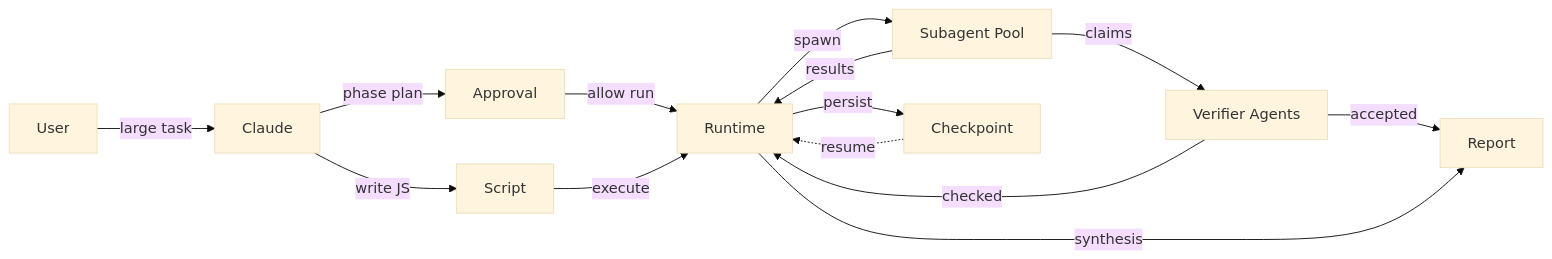
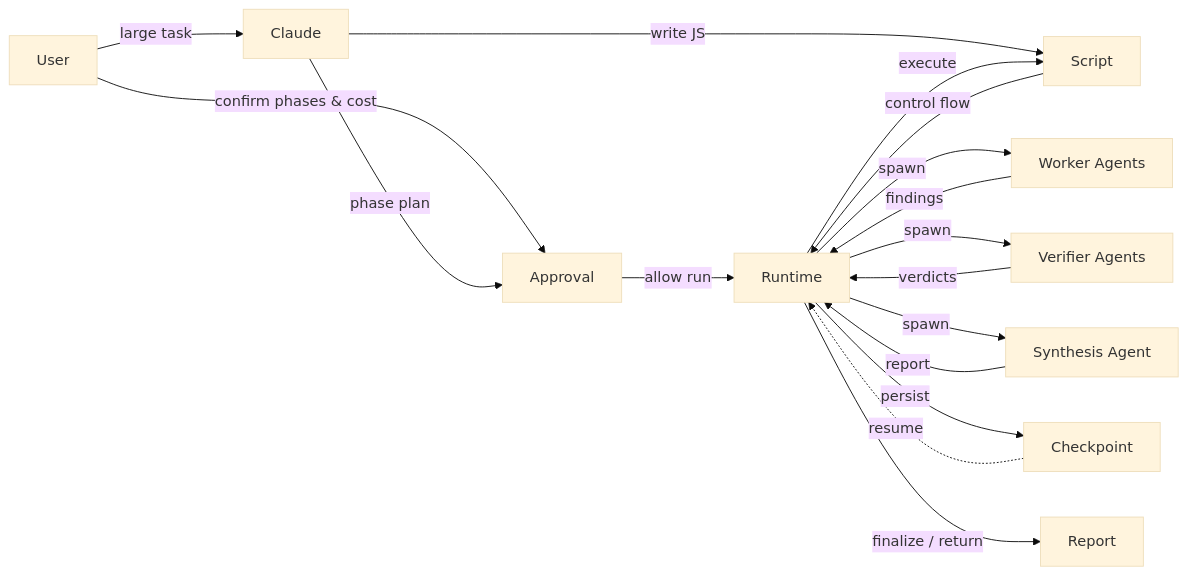
Before and after one commit to fuergaosi233/multiagent-explorer: the diagram in content/wiki/patterns/dynamic-workflow-code-orchestration.md, drawn with Mermaid (base theme).

Commit message:
Fix Topology diagram to match the actual orchestration model
The topology diagram mismodeled how the workflow runtime coordinates
subagents. Corrected against the execution model documented in the rest
of the page (and the reference workflow):

- Verifiers and the synthesizer are ordinary agent() calls spawned by the
  runtime, not a worker-to-verifier side channel nor a built-in runtime
  step. Dropped the direct Pool->Verify and Verify->Report edges; all
  three agent roles (workers, verifiers, synthesis) now spawn from and
  return to the Runtime uniformly.
- The report is produced by a synthesis agent and the runtime returns it
  to the session (finalize/return), matching the workflow.finalized trace
  event, rather than a magic Runtime "synthesis" capability.
- Added the User->Approval edge: the approval gate is human-in-the-loop
  (workflow.approved = "User confirmed phases, cost estimate, and script").
- Runtime executes the Script and the Script's control flow drives the
  runtime, so the Script is no longer an inert sink.

````diff
--- a/content/wiki/patterns/dynamic-workflow-code-orchestration.md
+++ b/content/wiki/patterns/dynamic-workflow-code-orchestration.md
@@ -20,16 +20,19 @@
 ```mermaid
 graph LR
   User -->|large task| Claude
+  User -->|confirm phases & cost| Approval
   Claude -->|phase plan| Approval
   Claude -->|write JS| Script
   Approval -->|allow run| Runtime
-  Script -->|execute| Runtime
-  Runtime -->|spawn| Pool[Subagent Pool]
-  Pool -->|results| Runtime
-  Pool -->|claims| Verify[Verifier Agents]
-  Verify -->|checked| Runtime
+  Runtime -->|execute| Script
+  Script -->|control flow| Runtime
+  Runtime -->|spawn| Workers[Worker Agents]
+  Workers -->|findings| Runtime
+  Runtime -->|spawn| Verifiers[Verifier Agents]
+  Verifiers -->|verdicts| Runtime
+  Runtime -->|spawn| Synth[Synthesis Agent]
+  Synth -->|report| Runtime
   Runtime -->|persist| Checkpoint
   Checkpoint -.->|resume| Runtime
-  Verify -->|accepted| Report
-  Runtime -->|synthesis| Report
+  Runtime -->|finalize / return| Report
 ```
````
